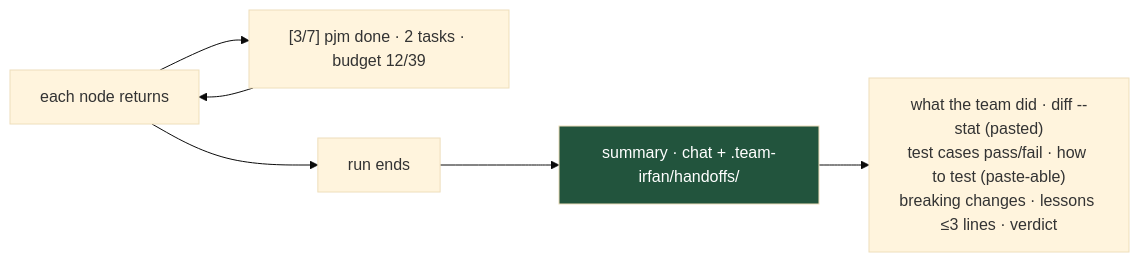
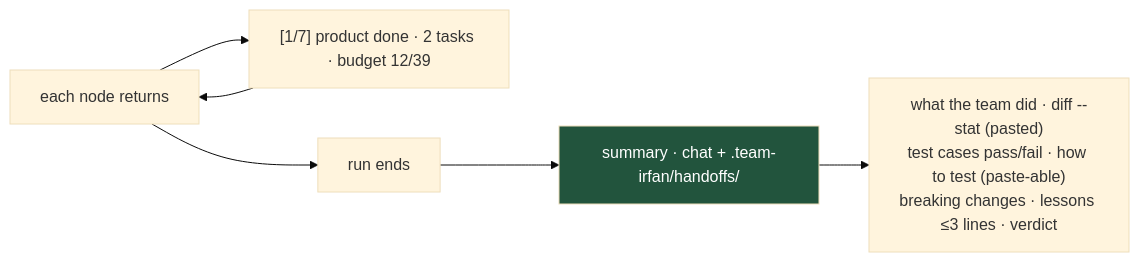
One commit to irfanguvian/team-irfan changed the sixth of 8 diagrams in docs/workflow.md. Above: the diagram before and after it, drawn with Mermaid (base theme). The commit also changed other lines of this file and 19 other files, not shown here.

````diff
--- a/docs/workflow.md
+++ b/docs/workflow.md
@@ -231,10 +246,10 @@
 ```mermaid
 flowchart LR
-    N["each node returns"] --> P["[3/7] pjm done · 2 tasks · budget 12/39"]
+    N["each node returns"] --> P["[1/7] product done · 2 tasks · budget 12/39"]
     P --> N
     N --> FIN["run ends"]
     FIN --> SB["summary · chat + .team-irfan/handoffs/"]
     SB --> D["what the team did · diff --stat (pasted)<br/>test cases pass/fail · how to test (paste-able)<br/>breaking changes · lessons ≤3 lines · verdict"]
 
     style SB fill:#22543d,color:#fff
 ```
````
